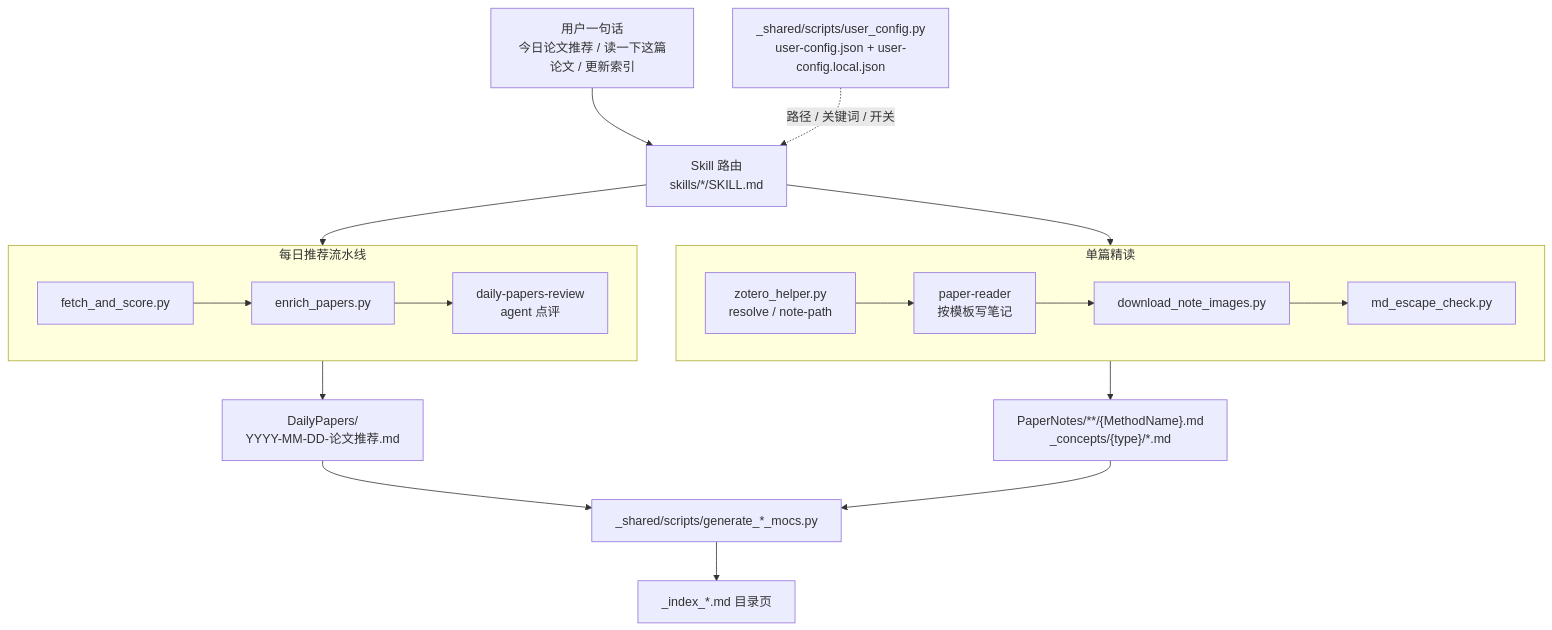
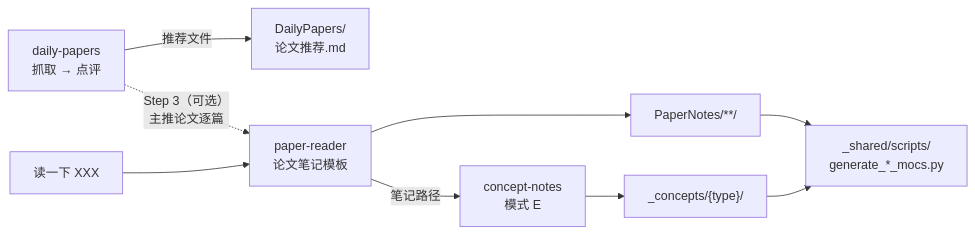
Before and after one commit to BeenLi/arch-reading-skills: the first of 2 diagrams in ARCHITECTURE.md, drawn with Mermaid. The commit also changed other lines of this file and 30 other files, not shown here.

First line of the commit message:
Consolidate skills around daily-papers, paper-reader and concept-notes

````diff
--- a/ARCHITECTURE.md
+++ b/ARCHITECTURE.md
@@ -37,22 +20,11 @@
 ```mermaid
-flowchart TB
-    User["用户一句话<br/>今日论文推荐 / 读一下这篇论文 / 更新索引"] --> Router["Skill 路由<br/>skills/*/SKILL.md"]
-    Config["_shared/scripts/user_config.py<br/>user-config.json + user-config.local.json"] -. "路径 / 关键词 / 开关" .-> Router
-
-    subgraph Daily["每日推荐流水线"]
-        direction LR
-        Fetch["fetch_and_score.py"] --> Enrich["enrich_papers.py"] --> Review["daily-papers-review<br/>agent 点评"]
-    end
-    subgraph Reader["单篇精读"]
-        direction LR
-        Zotero["zotero_helper.py<br/>resolve / note-path"] --> Note["paper-reader<br/>按模板写笔记"] --> Images["download_note_images.py"] --> Escape["md_escape_check.py"]
-    end
-
-    Router --> Daily
-    Router --> Reader
-    Daily --> DailyNote["DailyPapers/<br/>YYYY-MM-DD-论文推荐.md"]
-    Reader --> PaperNote["PaperNotes/**/{MethodName}.md<br/>_concepts/{type}/*.md"]
-    DailyNote --> Mocs["_shared/scripts/generate_*_mocs.py"]
-    PaperNote --> Mocs
-    Mocs --> Index["_index_*.md 目录页"]
+flowchart LR
+    DP["daily-papers<br/>抓取 → 点评"] -->|"推荐文件"| Rec["DailyPapers/<br/>论文推荐.md"]
+    DP -.->|"Step 3（可选）<br/>主推论文逐篇"| PR["paper-reader<br/>论文笔记模板"]
+    User["读一下 XXX"] --> PR
+    PR -->|"笔记路径"| CN["concept-notes<br/>模式 E"]
+    CN --> Concepts["_concepts/{type}/"]
+    PR --> Notes["PaperNotes/**/"]
+    Notes --> MOC["_shared/scripts/<br/>generate_*_mocs.py"]
+    Concepts --> MOC
 ```
````
